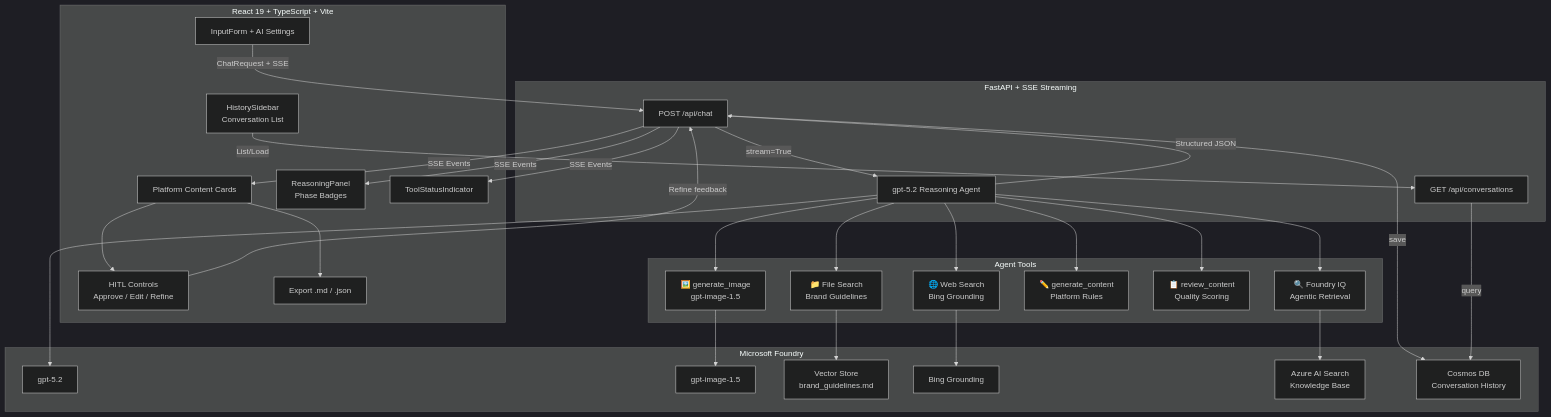
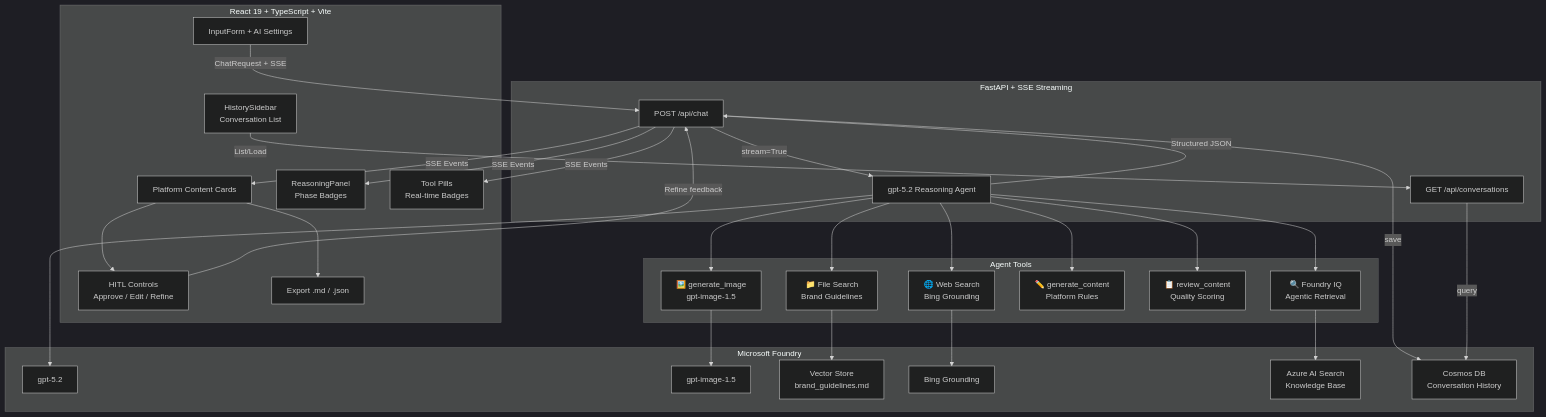
The diagram in README.md (naoki1213mj/TechPulseSocial), drawn with Mermaid (dark theme) before and after one commit. The commit also changed other lines of this file and 10 other files, not shown here.

First line of the commit message:
feat: tool pills v2, radar chart, content safety badge, processing metrics

````diff
--- a/README.md
+++ b/README.md
@@ -9,53 +9,53 @@
 ```mermaid
 graph TB
     subgraph Frontend["React 19 + TypeScript + Vite"]
         UI[InputForm + AI Settings]
         Cards[Platform Content Cards]
         HITL["HITL Controls<br/>Approve / Edit / Refine"]
         Reasoning["ReasoningPanel<br/>Phase Badges"]
-        Tools[ToolStatusIndicator]
+        Tools["Tool Pills<br/>Real-time Badges"]
         Export["Export .md / .json"]
         History["HistorySidebar<br/>Conversation List"]
     end
 
     subgraph Backend["FastAPI + SSE Streaming"]
         API["POST /api/chat"]
         HistAPI["GET /api/conversations"]
         Agent["gpt-5.2 Reasoning Agent"]
     end
 
     subgraph AgentTools["Agent Tools"]
         WS["🌐 Web Search<br/>Bing Grounding"]
         FS["📁 File Search<br/>Brand Guidelines"]
         IQ["🔍 Foundry IQ<br/>Agentic Retrieval"]
         GC["✏️ generate_content<br/>Platform Rules"]
         RC["📋 review_content<br/>Quality Scoring"]
         GI["🖼️ generate_image<br/>gpt-image-1.5"]
     end
 
     subgraph Azure["Microsoft Foundry"]
         GPT52["gpt-5.2"]
         GPTImg["gpt-image-1.5"]
         VS["Vector Store<br/>brand_guidelines.md"]
         Bing["Bing Grounding"]
         AIS["Azure AI Search<br/>Knowledge Base"]
         Cosmos["Cosmos DB<br/>Conversation History"]
     end
 
     UI -->|ChatRequest + SSE| API
     History -->|List/Load| HistAPI
     API -->|stream=True| Agent
     API -->|save| Cosmos
     HistAPI -->|query| Cosmos
     Agent --> WS & FS & IQ & GC & RC & GI
     WS --> Bing
     FS --> VS
     IQ --> AIS
     Agent --> GPT52
     GI --> GPTImg
     Agent -->|Structured JSON| API
     API -->|SSE Events| Cards & Reasoning & Tools
     Cards --> HITL
     HITL -->|Refine feedback| API
     Cards --> Export
 ```
````
